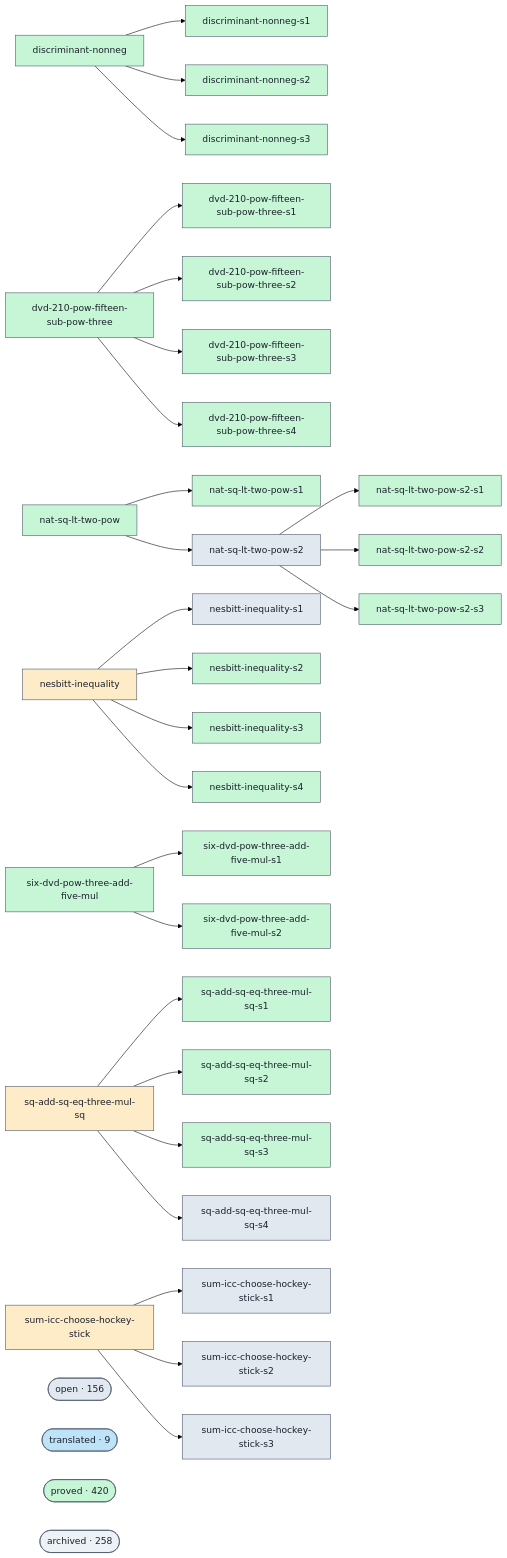
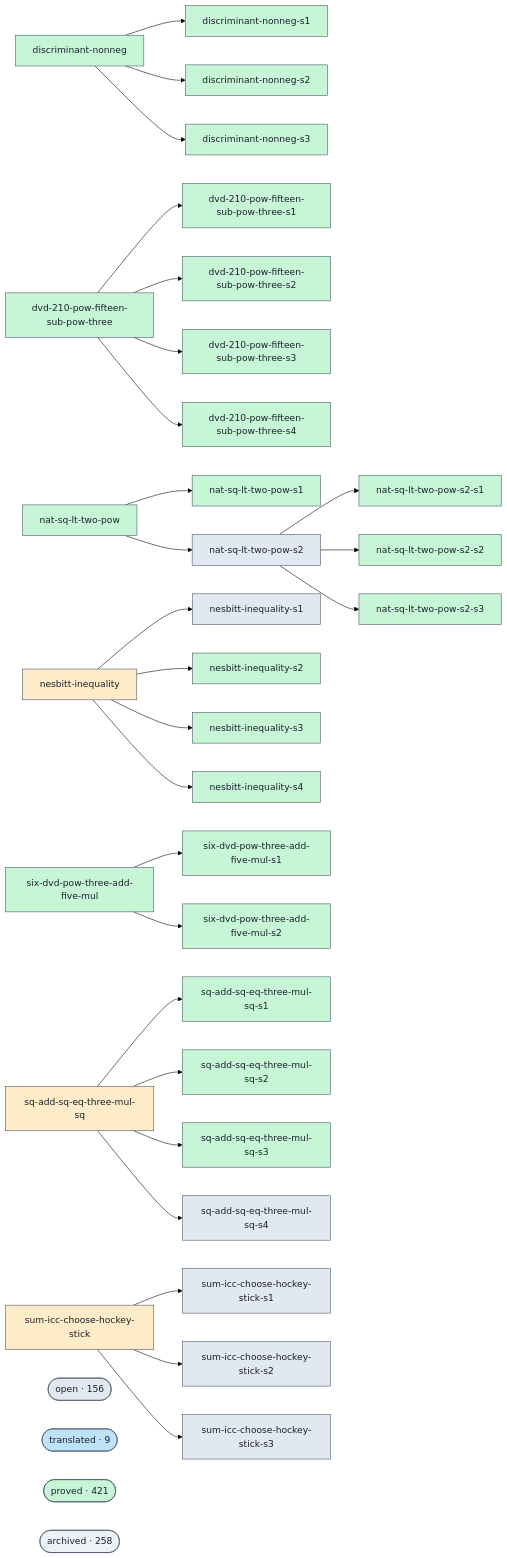
The diagram in docs/proofs-contributors-visualisation.md (ohdearquant/unsorry), drawn with Mermaid (forest theme) before and after one commit. The commit also changed other lines of this file and 2 other files, not shown here.

```diff
--- a/docs/proofs-contributors-visualisation.md
+++ b/docs/proofs-contributors-visualisation.md
@@ -147,7 +147,7 @@
   class cluster_open open;
   cluster_translated(["translated · 9"])
   class cluster_translated translated;
-  cluster_proved(["proved · 420"])
+  cluster_proved(["proved · 421"])
   class cluster_proved proved;
   cluster_archived(["archived · 258"])
   class cluster_archived unknown;
```
